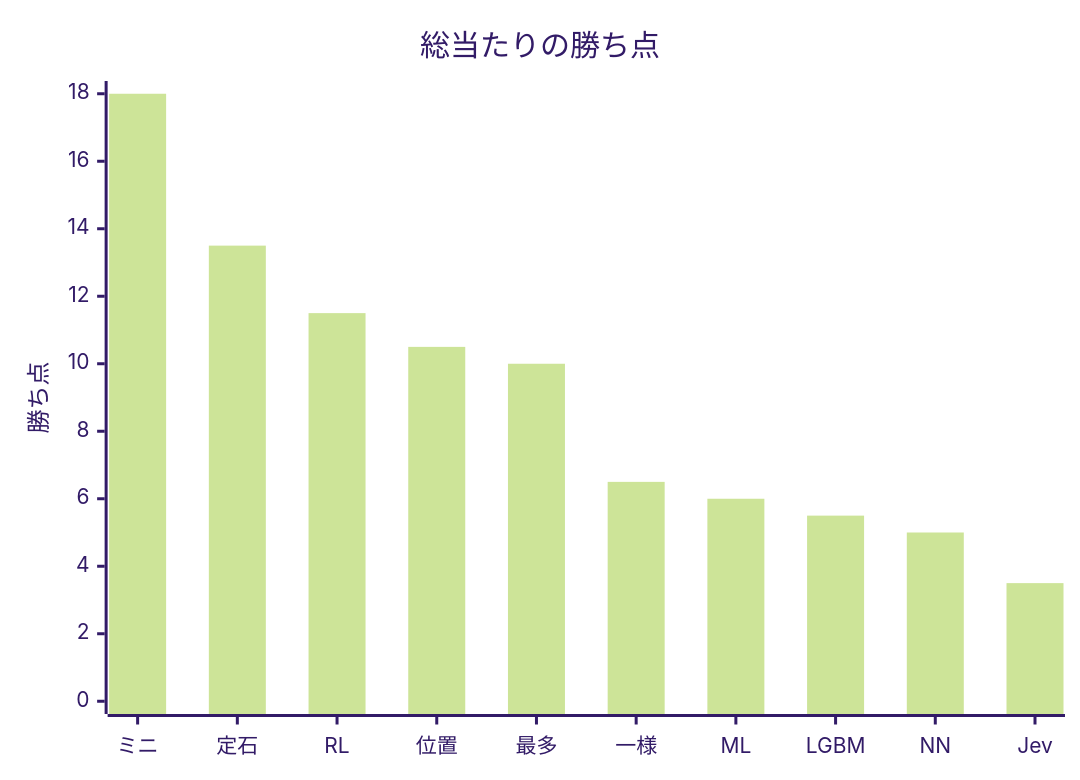
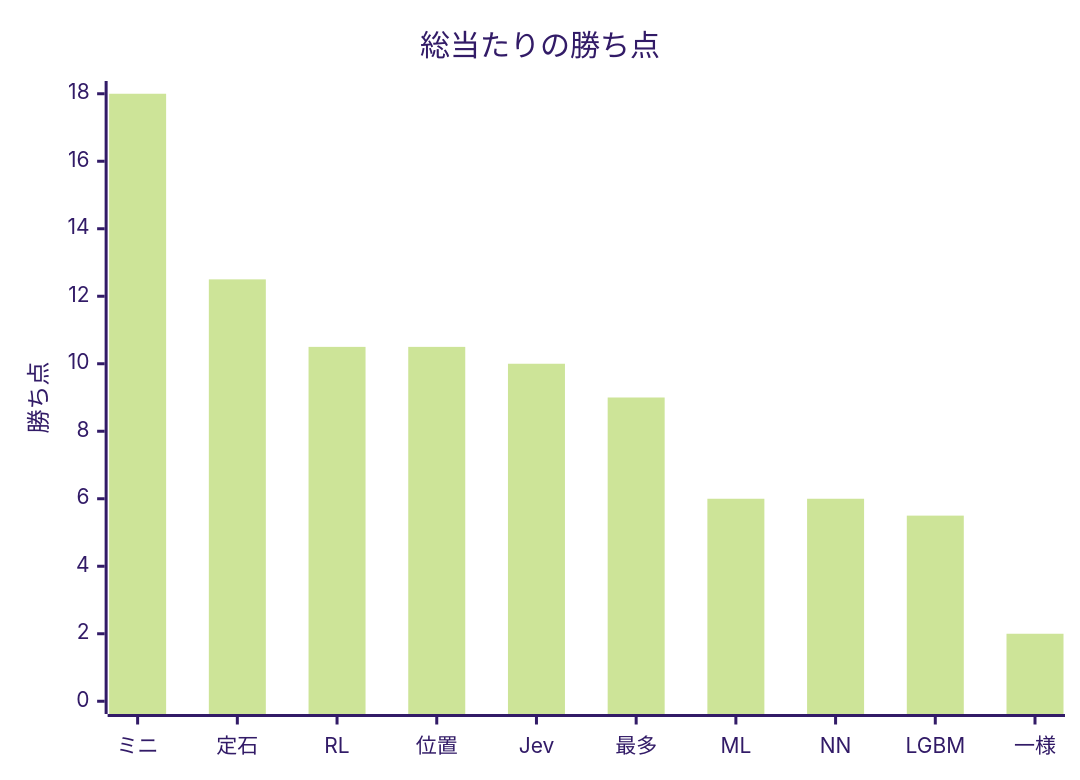
The diagram in docs/benchmarks/round-robin.md (gnkm/reversi-ai), drawn with Mermaid (forest theme) before and after one commit. The commit also changed other lines of this file and 2 other files, not shown here.

````diff
--- a/docs/benchmarks/round-robin.md
+++ b/docs/benchmarks/round-robin.md
@@ -35,7 +35,7 @@
 ```mermaid
 xychart-beta
     title "総当たりの勝ち点"
-    x-axis ["ミニ", "定石", "RL", "位置", "最多", "一様", "ML", "LGBM", "NN", "Jev"]
+    x-axis ["ミニ", "定石", "RL", "位置", "Jev", "最多", "ML", "NN", "LGBM", "一様"]
     y-axis "勝ち点" 0 --> 18
-    bar [18, 13.5, 11.5, 10.5, 10, 6.5, 6, 5.5, 5, 3.5]
+    bar [18, 12.5, 10.5, 10.5, 10, 9, 6, 6, 5.5, 2]
 ```
````
